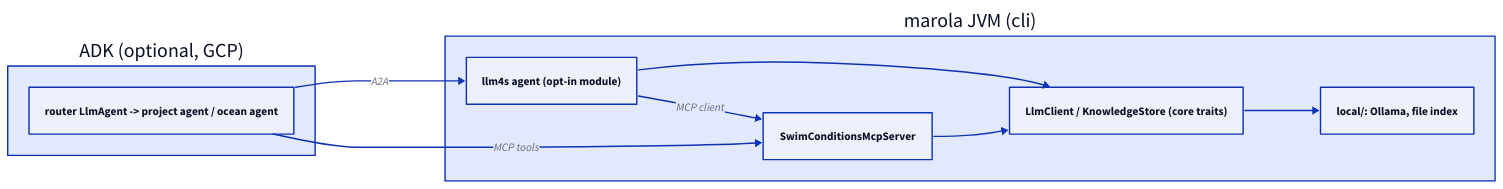
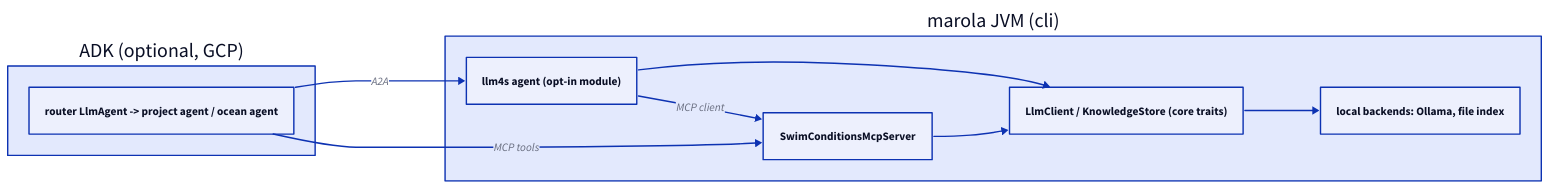
Before and after one commit to marola-dev/marola: the diagram in docs/4-Research-and-plans/AGENT-STACK-SURVEY.md, drawn with D2. The commit also changed other lines of this file and 5 other files, not shown here.

````diff
--- a/docs/4-Research-and-plans/AGENT-STACK-SURVEY.md
+++ b/docs/4-Research-and-plans/AGENT-STACK-SURVEY.md
@@ -117,18 +121,18 @@
 ```d2
 direction: right
 adk: "ADK (optional, GCP)" {
   router: "router LlmAgent -> project agent / ocean agent"
 }
 jvm: "marola JVM (cli)" {
   llm4s: "llm4s agent (opt-in module)"
   mcp: "SwimConditionsMcpServer"
   traits: "LlmClient / KnowledgeStore (core traits)"
-  local: "local/: Ollama, file index"
+  local: "local backends: Ollama, file index"
   llm4s -> mcp: "MCP client"
   llm4s -> traits
   mcp -> traits
   traits -> local
 }
 adk.router -> jvm.llm4s: "A2A"
 adk.router -> jvm.mcp: "MCP tools"
 ```
````
